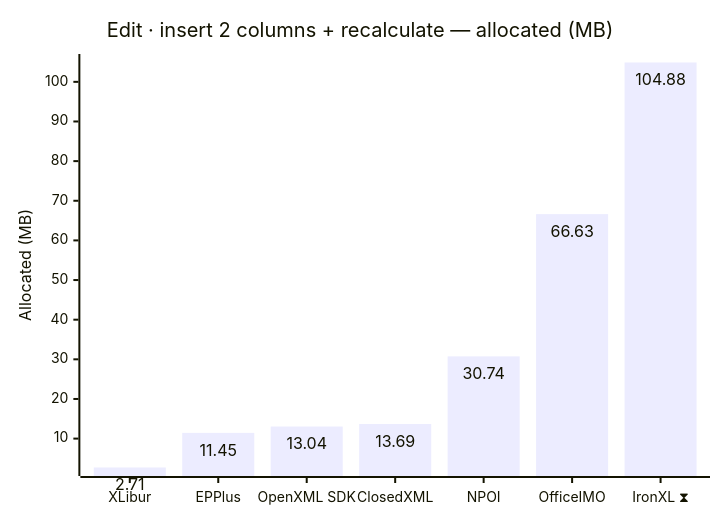
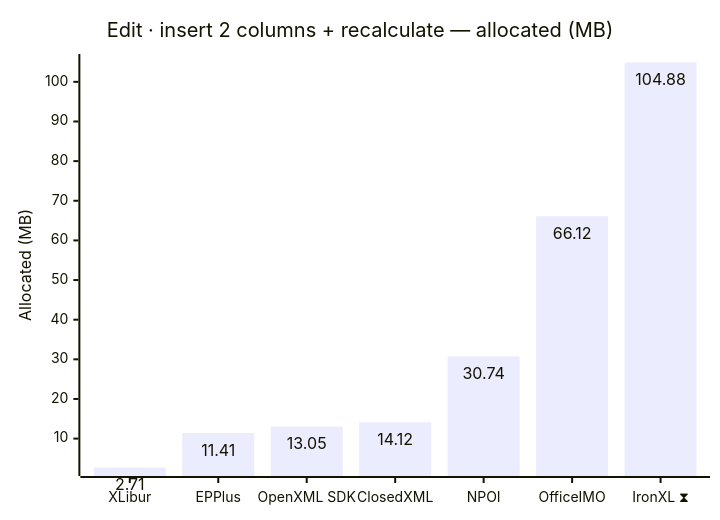
Before and after one commit to jafin/XLBench: diagram 12 of 12 in docs/results-ci.md, drawn with Mermaid. The commit also changed other lines of this file, not shown here.

````diff
--- a/docs/results-ci.md
+++ b/docs/results-ci.md
@@ -186,12 +186,12 @@
 ```mermaid
 ---
 config:
   xyChart:
     showDataLabel: true
 ---
 xychart-beta
     title "Edit · insert 2 columns + recalculate — allocated (MB)"
     x-axis ["XLibur", "EPPlus", "OpenXML SDK", "ClosedXML", "NPOI", "OfficeIMO", "IronXL ⧗"]
     y-axis "Allocated (MB)"
-    bar [2.71, 11.45, 13.04, 13.69, 30.74, 66.63, 104.88]
+    bar [2.71, 11.41, 13.05, 14.12, 30.74, 66.12, 104.88]
 ```
````
